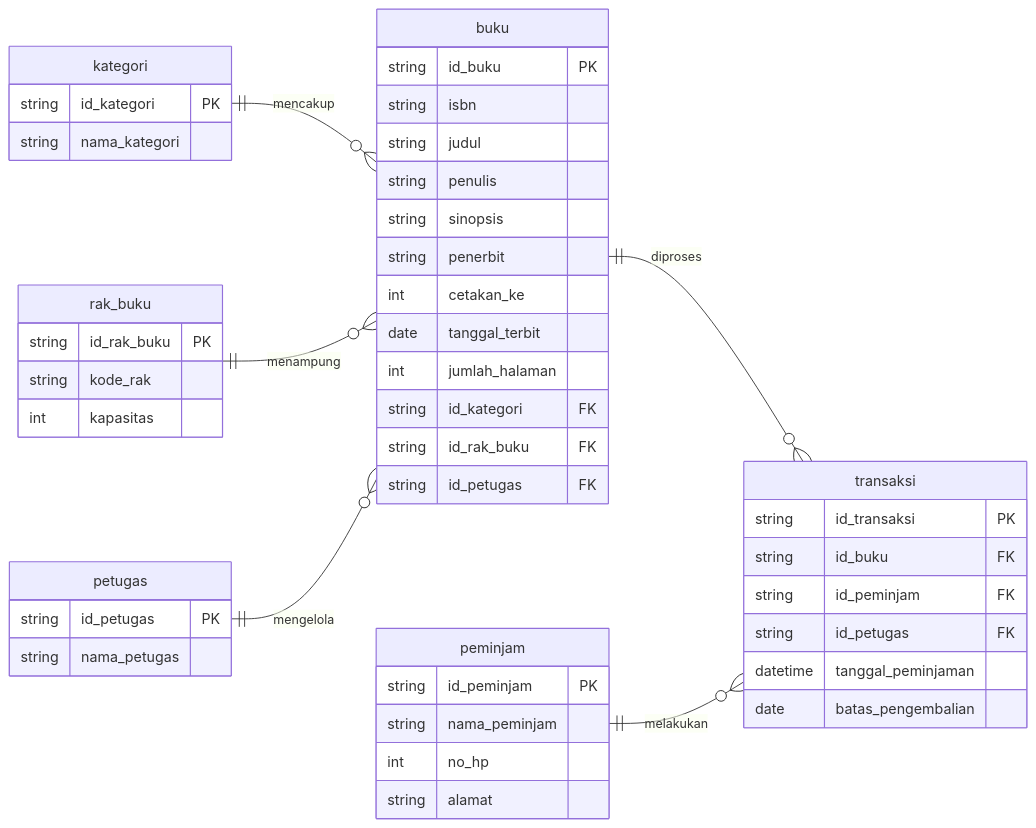
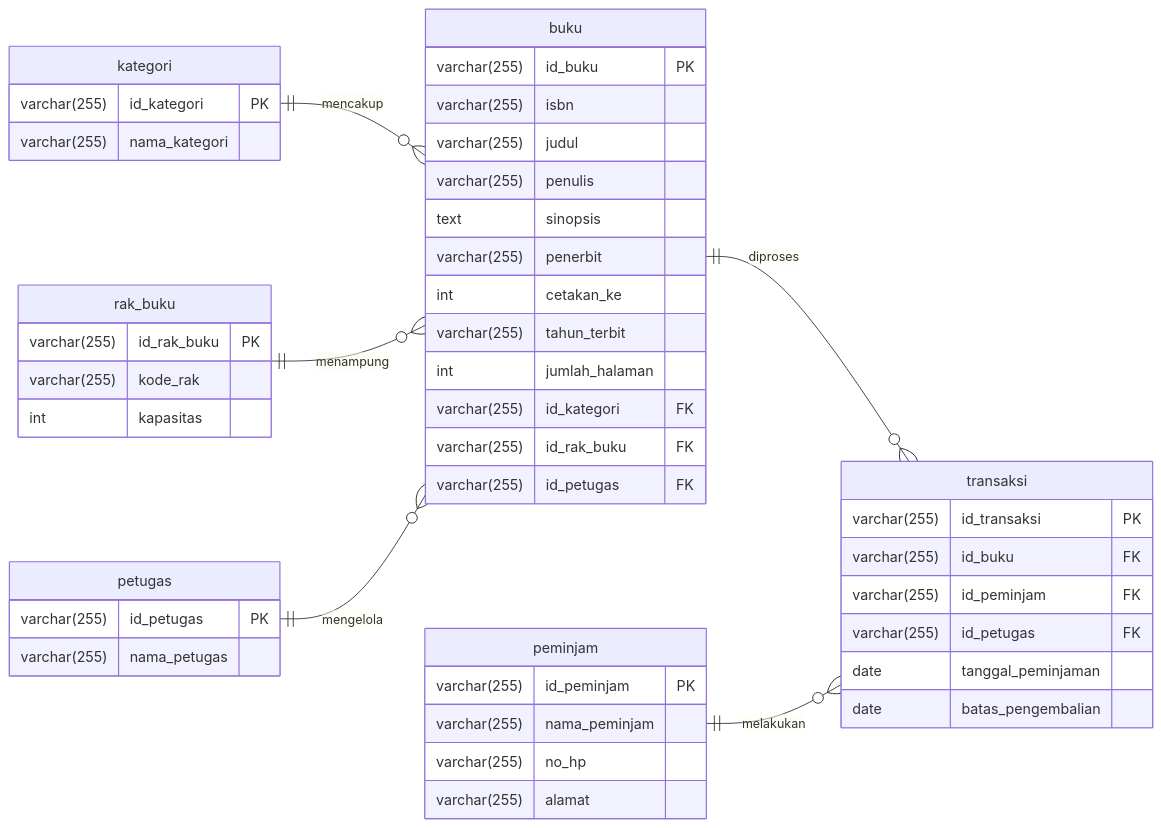
Before and after one commit to ranandasatria/fgo24-db-erd: the diagram in README.md, drawn with Mermaid.

Commit message:
docs: update some attribute types on erd

````diff
--- a/README.md
+++ b/README.md
@@ -1,56 +1,56 @@
 ```mermaid
 erDiagram
 direction LR
     kategori ||--o{ buku : mencakup
     rak_buku ||--o{ buku : menampung
     petugas ||--o{ buku : mengelola
     buku ||--o{ transaksi : diproses
     peminjam ||--o{ transaksi : melakukan
 
     buku {
-        string id_buku PK
-        string isbn 
-        string judul
-        string penulis
-        string sinopsis 
-        string penerbit
+        varchar(255) id_buku PK
+        varchar(255) isbn 
+        varchar(255) judul
+        varchar(255) penulis
+        text sinopsis 
+        varchar(255) penerbit
         int cetakan_ke
-        date tanggal_terbit
+        varchar(255) tahun_terbit
         int jumlah_halaman
-        string id_kategori FK
-        string id_rak_buku FK
-        string id_petugas FK
+        varchar(255) id_kategori FK
+        varchar(255) id_rak_buku FK
+        varchar(255) id_petugas FK
     }
 
     kategori {
-        string id_kategori PK
-        string nama_kategori
+        varchar(255) id_kategori PK
+        varchar(255) nama_kategori
     }
 
     rak_buku {
-        string id_rak_buku PK
-        string kode_rak
+        varchar(255) id_rak_buku PK
+        varchar(255) kode_rak
         int kapasitas
     }
 
     petugas {
-        string id_petugas PK
-        string nama_petugas
+        varchar(255) id_petugas PK
+        varchar(255) nama_petugas
     }
 
     peminjam {
-        string id_peminjam PK
-        string nama_peminjam
-        int no_hp
-        string alamat
+        varchar(255) id_peminjam PK
+        varchar(255) nama_peminjam
+        varchar(255) no_hp
+        varchar(255) alamat
     }
 
     transaksi {
-        string id_transaksi PK
-        string id_buku FK
-        string id_peminjam FK
-        string id_petugas FK
-        datetime tanggal_peminjaman
+        varchar(255) id_transaksi PK
+        varchar(255) id_buku FK
+        varchar(255) id_peminjam FK
+        varchar(255) id_petugas FK
+        date tanggal_peminjaman
         date batas_pengembalian
     }
 ```
````
